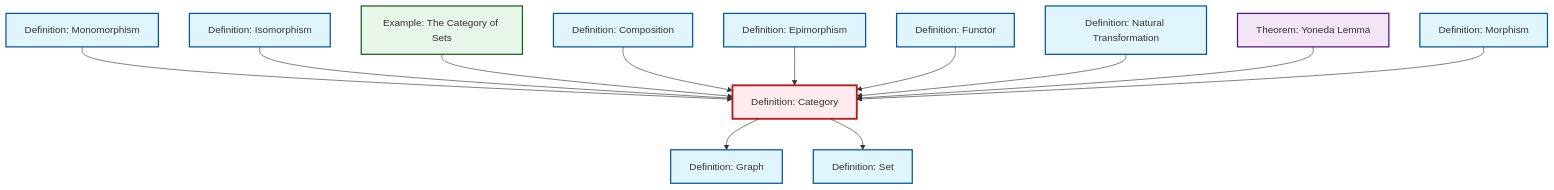
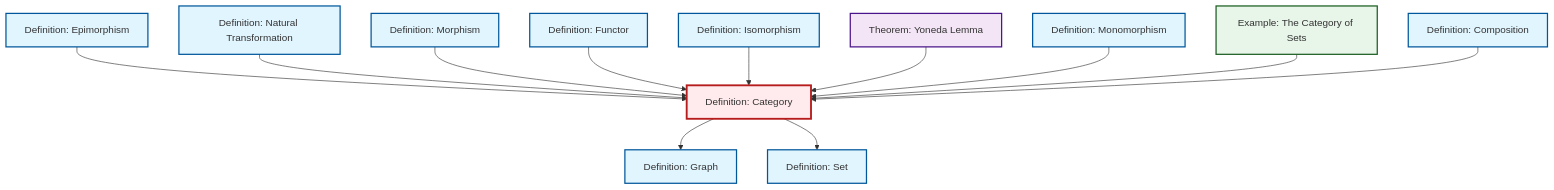
The diagram in content/en/category-theory/def-category.qmd (RK0429/ModernMath), drawn with Mermaid before and after one commit. The commit also changed other lines of this file and 1012 other files, not shown here.

````diff
--- a/content/en/category-theory/def-category.qmd
+++ b/content/en/category-theory/def-category.qmd
@@ -47,44 +47,44 @@
 ```{mermaid}
 %%| fig-cap: "Local dependency graph"
 graph TD
     classDef definition fill:#e1f5fe,stroke:#01579b,stroke-width:2px
     classDef theorem fill:#f3e5f5,stroke:#4a148c,stroke-width:2px
     classDef axiom fill:#fff3e0,stroke:#e65100,stroke-width:2px
     classDef example fill:#e8f5e9,stroke:#1b5e20,stroke-width:2px
     classDef current fill:#ffebee,stroke:#b71c1c,stroke-width:3px
-    def-monomorphism["Definition: Monomorphism"]:::definition
+    thm-yoneda["Theorem: Yoneda Lemma"]:::theorem
+    def-natural-transformation["Definition: Natural Transformation"]:::definition
+    def-isomorphism["Definition: Isomorphism"]:::definition
+    def-set["Definition: Set"]:::definition
+    def-composition["Definition: Composition"]:::definition
     def-category["Definition: Category"]:::definition
     def-graph["Definition: Graph"]:::definition
-    def-set["Definition: Set"]:::definition
-    thm-yoneda["Theorem: Yoneda Lemma"]:::theorem
+    def-monomorphism["Definition: Monomorphism"]:::definition
+    def-functor["Definition: Functor"]:::definition
+    def-morphism["Definition: Morphism"]:::definition
+    ex-set-category["Example: The Category of Sets"]:::example
     def-epimorphism["Definition: Epimorphism"]:::definition
-    def-isomorphism["Definition: Isomorphism"]:::definition
-    def-natural-transformation["Definition: Natural Transformation"]:::definition
-    def-composition["Definition: Composition"]:::definition
-    ex-set-category["Example: The Category of Sets"]:::example
-    def-morphism["Definition: Morphism"]:::definition
-    def-functor["Definition: Functor"]:::definition
+    def-epimorphism --> def-category
+    def-natural-transformation --> def-category
     def-category --> def-graph
+    def-category --> def-set
+    def-morphism --> def-category
+    def-functor --> def-category
+    def-isomorphism --> def-category
+    thm-yoneda --> def-category
     def-monomorphism --> def-category
-    def-isomorphism --> def-category
     ex-set-category --> def-category
     def-composition --> def-category
-    def-epimorphism --> def-category
-    def-functor --> def-category
-    def-natural-transformation --> def-category
-    thm-yoneda --> def-category
-    def-morphism --> def-category
-    def-category --> def-set
     class def-category current
+    click thm-yoneda "thm-yoneda.html" "Go to Yoneda Lemma theorem"
+    click def-natural-transformation "def-natural-transformation.html" "Go to Natural Transformation definition"
+    click def-isomorphism "def-isomorphism.html" "Go to Isomorphism definition"
+    click def-set "def-set.html" "Go to Set definition"
+    click def-composition "def-composition.html" "Go to Composition definition"
+    click def-graph "def-graph.html" "Go to Graph definition"
     click def-monomorphism "def-monomorphism.html" "Go to Monomorphism definition"
-    click def-graph "def-graph.html" "Go to Graph definition"
-    click def-set "def-set.html" "Go to Set definition"
-    click thm-yoneda "thm-yoneda.html" "Go to Yoneda Lemma theorem"
+    click def-functor "def-functor.html" "Go to Functor definition"
+    click def-morphism "def-morphism.html" "Go to Morphism definition"
+    click ex-set-category "ex-set-category.html" "Go to The Category of Sets example"
     click def-epimorphism "def-epimorphism.html" "Go to Epimorphism definition"
-    click def-isomorphism "def-isomorphism.html" "Go to Isomorphism definition"
-    click def-natural-transformation "def-natural-transformation.html" "Go to Natural Transformation definition"
-    click def-composition "def-composition.html" "Go to Composition definition"
-    click ex-set-category "ex-set-category.html" "Go to The Category of Sets example"
-    click def-morphism "def-morphism.html" "Go to Morphism definition"
-    click def-functor "def-functor.html" "Go to Functor definition"
 ```
````
